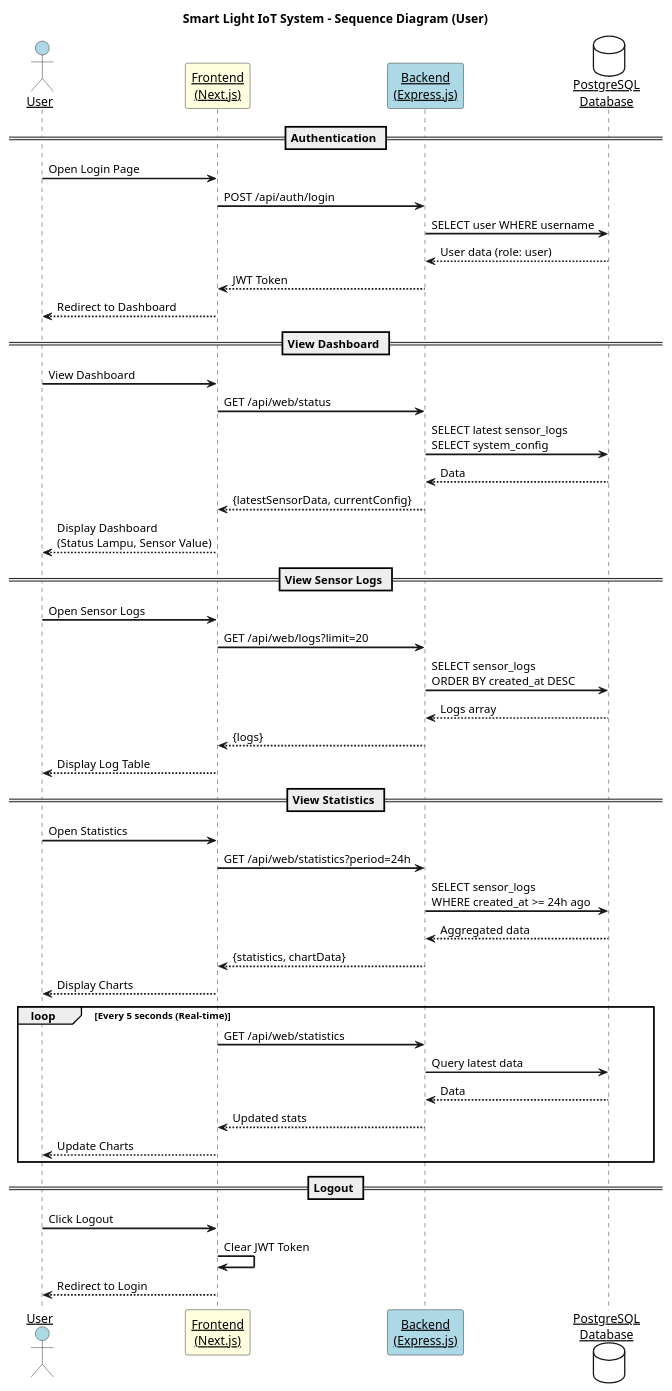
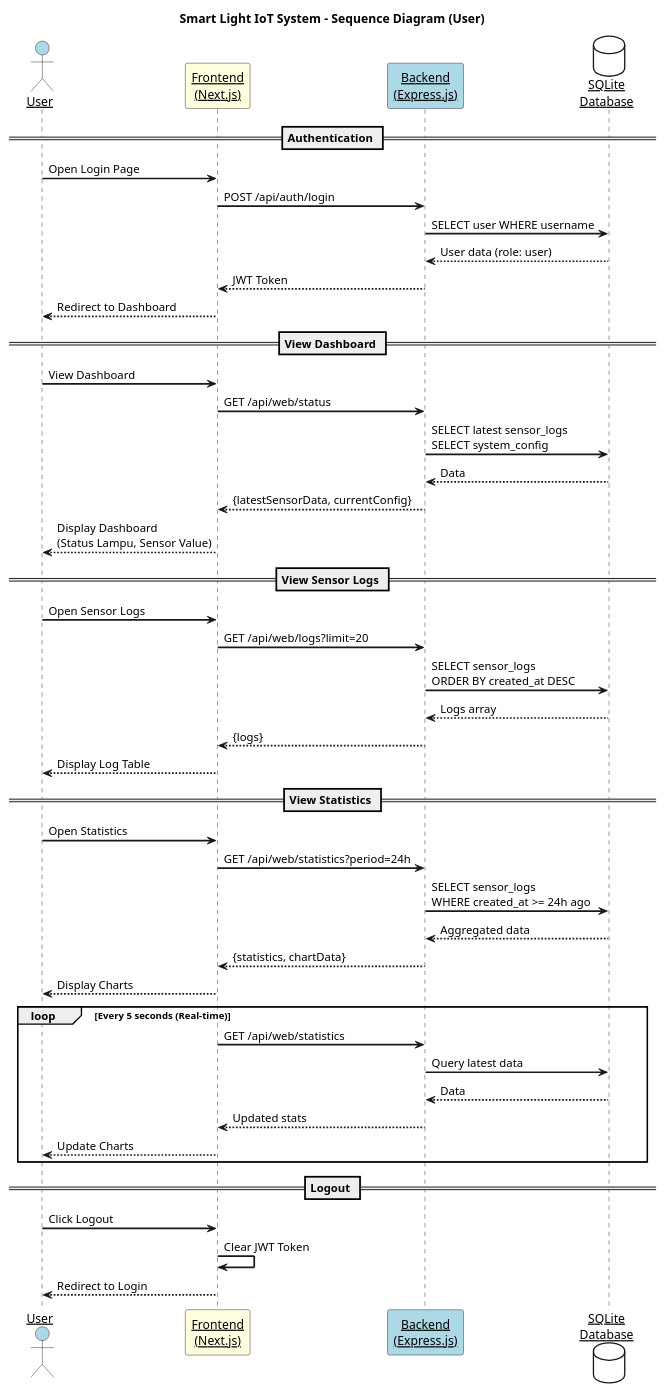
One commit to A-PPAW-TI503P-2025/PROJECT_KELOMPOK4_CAHAYA changed the diagram in sequence_diagram_user.puml. Above: the diagram before and after it, drawn with PlantUML.

Commit message:
Mengganti database dari PostgreSQL ke SQLite pada diagram urutan pengguna untuk Sistem IoT Smart Light

```diff
--- a/sequence_diagram_user.puml
+++ b/sequence_diagram_user.puml
@@ -1,65 +1,65 @@
 @startuml sequence_diagram_user
 
 title Smart Light IoT System - Sequence Diagram (User)
 
 skinparam sequenceArrowThickness 2
 skinparam sequenceParticipant underline
 skinparam responseMessageBelowArrow true
 
 ' ==================== PARTICIPANTS ====================
 actor "User" as user #lightblue
 participant "Frontend\n(Next.js)" as fe #lightyellow
 participant "Backend\n(Express.js)" as be #lightblue
-database "PostgreSQL\nDatabase" as db #white
+database "SQLite\nDatabase" as db #white
 
 ' ==================== AUTHENTICATION FLOW ====================
 == Authentication ==
 user -> fe : Open Login Page
 fe -> be : POST /api/auth/login
 be -> db : SELECT user WHERE username
 db --> be : User data (role: user)
 be --> fe : JWT Token
 fe --> user : Redirect to Dashboard
 
 ' ==================== DASHBOARD VIEW ====================
 == View Dashboard ==
 user -> fe : View Dashboard
 fe -> be : GET /api/web/status
 be -> db : SELECT latest sensor_logs\nSELECT system_config
 db --> be : Data
 be --> fe : {latestSensorData, currentConfig}
 fe --> user : Display Dashboard\n(Status Lampu, Sensor Value)
 
 ' ==================== SENSOR LOGS ====================
 == View Sensor Logs ==
 user -> fe : Open Sensor Logs
 fe -> be : GET /api/web/logs?limit=20
 be -> db : SELECT sensor_logs\nORDER BY created_at DESC
 db --> be : Logs array
 be --> fe : {logs}
 fe --> user : Display Log Table
 
 ' ==================== STATISTICS ====================
 == View Statistics ==
 user -> fe : Open Statistics
 fe -> be : GET /api/web/statistics?period=24h
 be -> db : SELECT sensor_logs\nWHERE created_at >= 24h ago
 db --> be : Aggregated data
 be --> fe : {statistics, chartData}
 fe --> user : Display Charts
 
 loop Every 5 seconds (Real-time)
     fe -> be : GET /api/web/statistics
     be -> db : Query latest data
     db --> be : Data
     be --> fe : Updated stats
     fe --> user : Update Charts
 end
 
 ' ==================== LOGOUT ====================
 == Logout ==
 user -> fe : Click Logout
 fe -> fe : Clear JWT Token
 fe --> user : Redirect to Login
 
 @enduml
```
